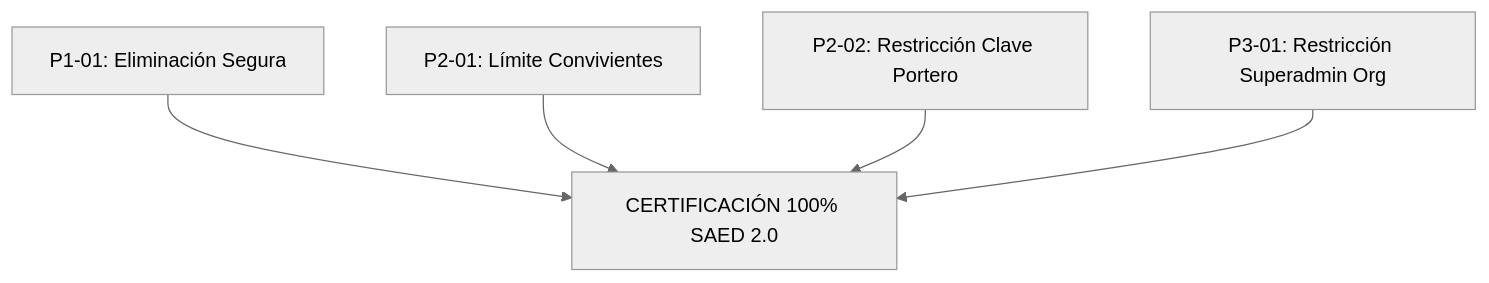
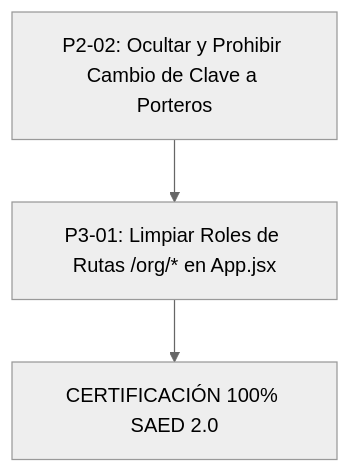
The diagram in docs/SAED_MODEL_MASTER_IMPLEMENTATION_AUDIT.md (Sebasr0311/SAED), drawn with Mermaid (neutral theme) before and after one commit. The commit also changed other lines of this file and 168 other files, not shown here.

````diff
--- a/docs/SAED_MODEL_MASTER_IMPLEMENTATION_AUDIT.md
+++ b/docs/SAED_MODEL_MASTER_IMPLEMENTATION_AUDIT.md
@@ -229,7 +229,5 @@
 ```mermaid
 flowchart TD
-    A["P1-01: Eliminación Segura"] --> D["CERTIFICACIÓN 100% SAED 2.0"]
-    B["P2-01: Límite Convivientes"] --> D
-    C["P2-02: Restricción Clave Portero"] --> D
-    E["P3-01: Restricción Superadmin Org"] --> D
+    A["P2-02: Ocultar y Prohibir Cambio de Clave a Porteros"] --> B["P3-01: Limpiar Roles de Rutas /org/* en App.jsx"]
+    B --> C["CERTIFICACIÓN 100% SAED 2.0"]
 ```
````
